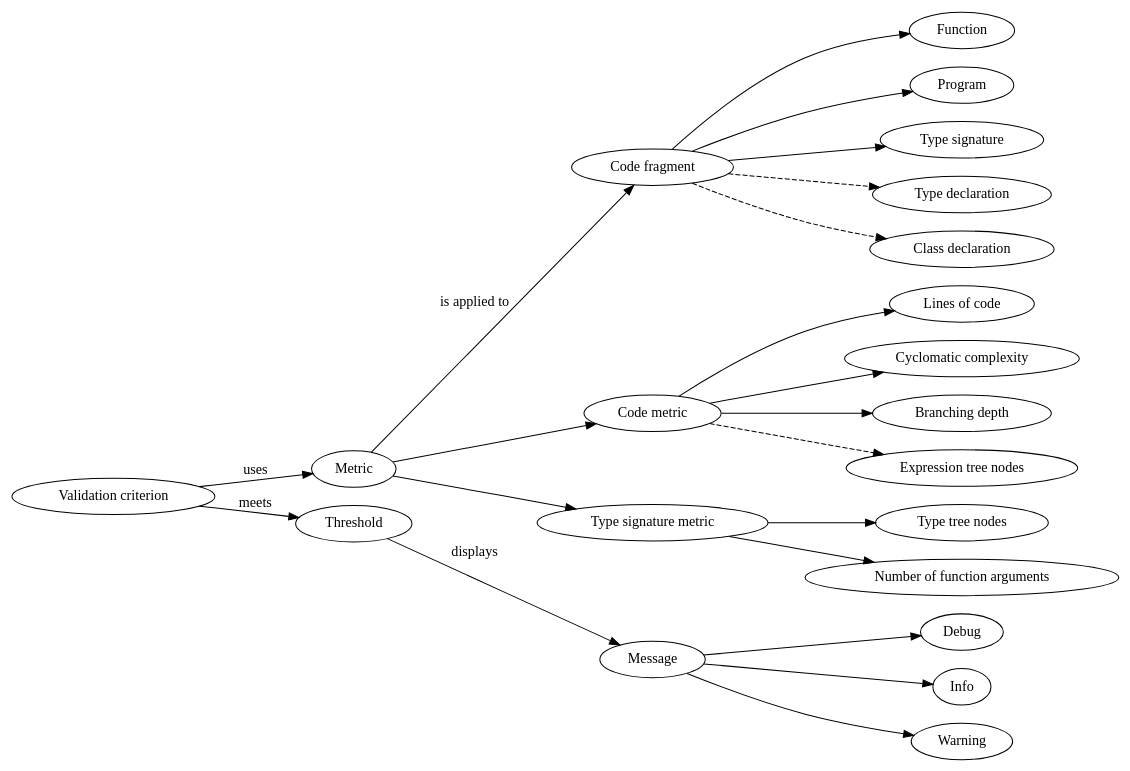
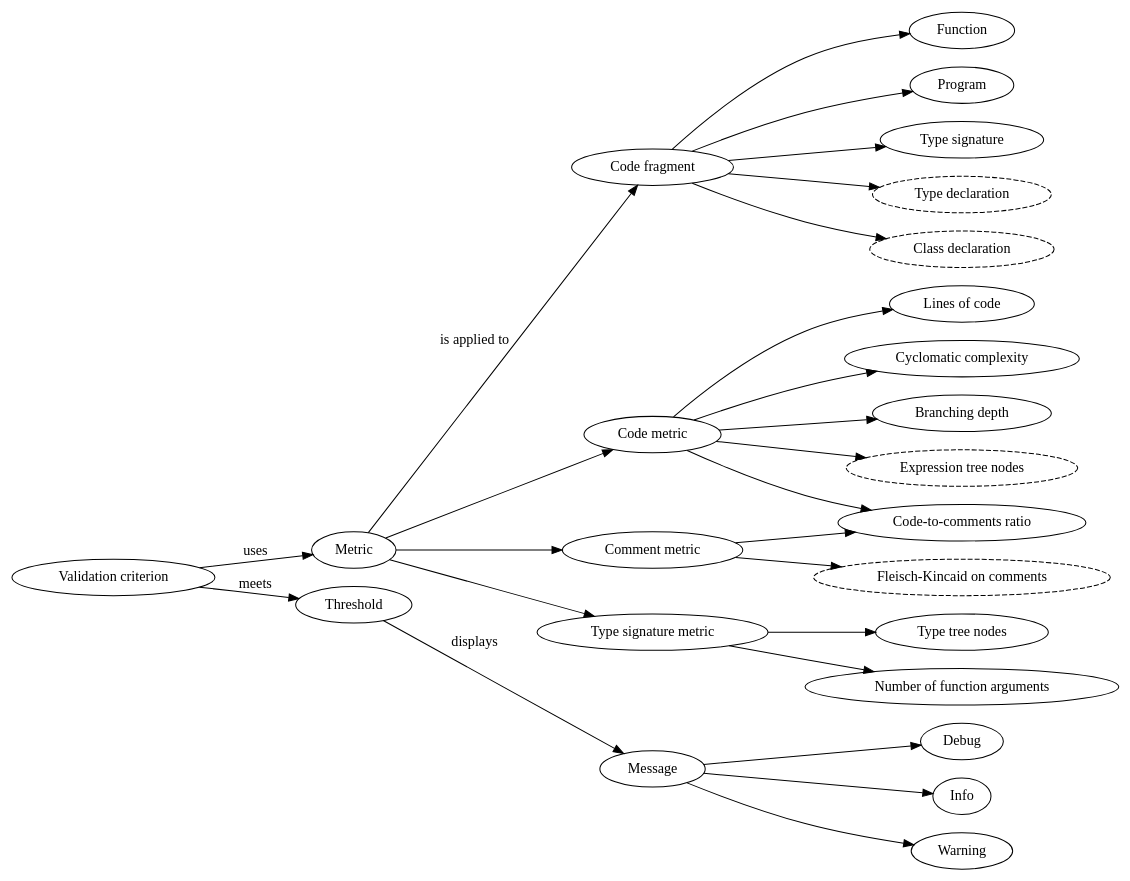
The diagram in docs/concepts.dot (migamake/homplexity), drawn with Graphviz before and after one commit. The commit also changed 2 other files, not shown here.

```diff
--- a/docs/concepts.dot
+++ b/docs/concepts.dot
@@ -1,36 +1,47 @@
 digraph Concepts {
   rankdir=LR;
 
   code                        [label="Code fragment"];
   code -> Function;
   code -> Program;
   code -> "Type signature";
-  code -> "Type declaration"  [style="dashed"];
-  code -> "Class declaration" [style="dashed"];
+  code -> TypeDecl;
+  code -> ClassDecl;
+  TypeDecl		      [label="Type declaration",style="dashed"];
+  ClassDecl		      [label="Class declaration", style="dashed"];
 
   Metric -> code [label="is applied to"];
 
   Metric -> CodeMetric;
   CodeMetric [label="Code metric"];
   Metric -> TypeMetric;
   TypeMetric [label="Type signature metric"];
+  Metric -> CommentMetric;
+  CommentMetric [label="Comment metric"];
 
   CodeMetric -> "Lines of code";
   CodeMetric -> "Cyclomatic complexity";
   CodeMetric -> "Branching depth";
-  CodeMetric -> "Expression tree nodes" [style="dashed"];
+  CodeMetric -> ExprNodes;
+  ExprNodes [label="Expression tree nodes",style="dashed"];
+  CodeMetric -> CodeCommentRatio;
   
   TypeMetric -> "Type tree nodes";
   TypeMetric -> "Number of function arguments";
   
+  CommentMetric -> FleschComments;
+  FleschComments [label="Fleisch-Kincaid on comments",style="dashed"];
+  CommentMetric -> CodeCommentRatio;
+  CodeCommentRatio [label="Code-to-comments ratio"];
+
   Criterion [label="Validation criterion"];
   Criterion -> Metric    [label="uses"];
 
   Criterion -> Threshold [label="meets"];
 
   Threshold -> Message   [label="displays"];
 
   Message -> Debug;
   Message -> Info;
   Message -> Warning;
 }
```
